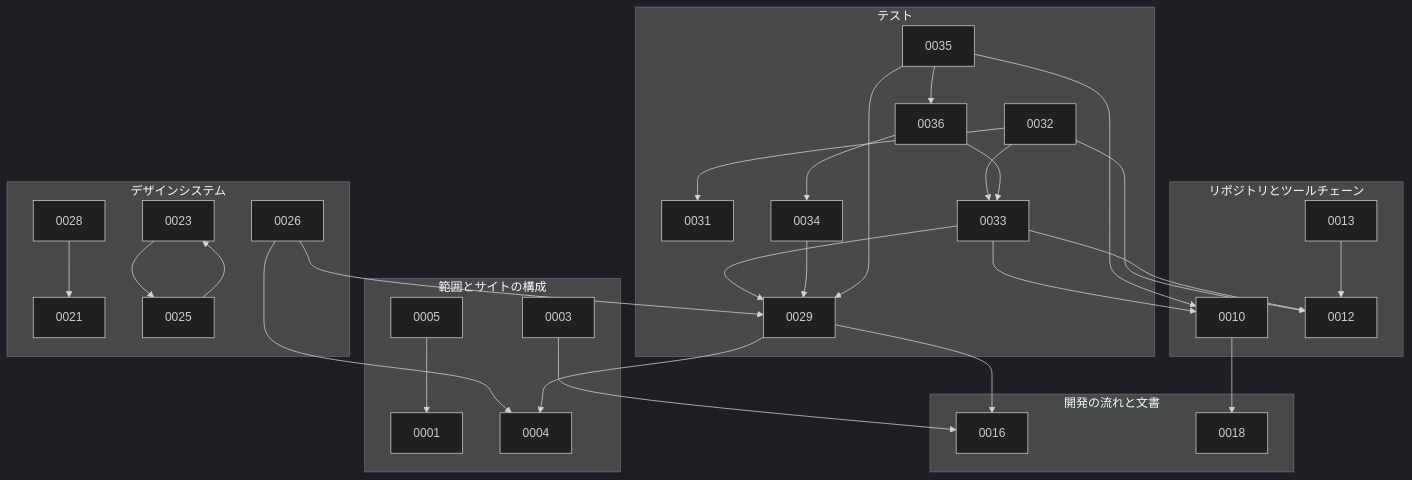
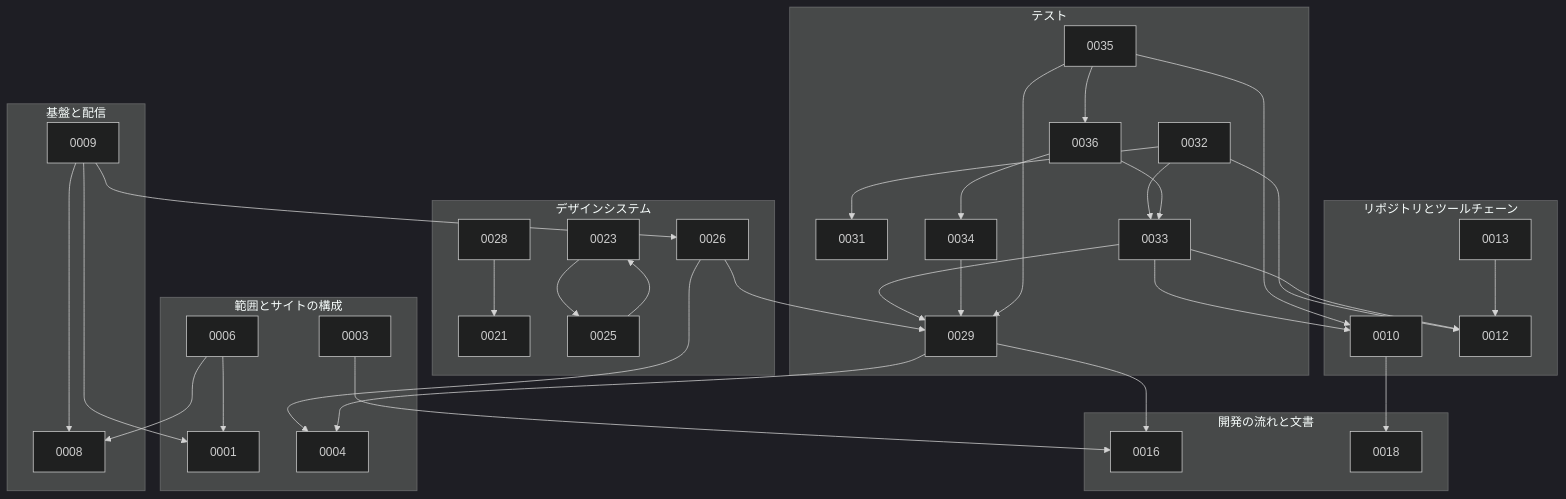
Before and after one commit to Fukuemon/kufu-apps: the diagram in docs/adr/index.md, drawn with Mermaid (dark theme). The commit also changed other lines of this file and 5 other files, not shown here.

````diff
--- a/docs/adr/index.md
+++ b/docs/adr/index.md
@@ -84,58 +89,66 @@
 ```mermaid
 flowchart TB
     subgraph scope["範囲とサイトの構成"]
         A0001["0001"]
         A0003["0003"]
         A0004["0004"]
-        A0005["0005"]
+        A0006["0006"]
+    end
+    subgraph infra["基盤と配信"]
+        A0008["0008"]
+        A0009["0009"]
     end
     subgraph repo["リポジトリとツールチェーン"]
         A0010["0010"]
         A0012["0012"]
         A0013["0013"]
     end
     subgraph flow["開発の流れと文書"]
         A0016["0016"]
         A0018["0018"]
     end
     subgraph ds["デザインシステム"]
         A0021["0021"]
         A0023["0023"]
         A0025["0025"]
         A0026["0026"]
         A0028["0028"]
     end
     subgraph test["テスト"]
         A0029["0029"]
         A0031["0031"]
         A0032["0032"]
         A0033["0033"]
         A0034["0034"]
         A0035["0035"]
         A0036["0036"]
     end
 
     A0003 --> A0016
-    A0005 --> A0001
+    A0006 --> A0001
+    A0006 --> A0008
+    A0009 --> A0001
+    A0009 --> A0008
+    A0009 --> A0026
     A0010 --> A0018
     A0013 --> A0012
     A0023 --> A0025
     A0025 --> A0023
     A0026 --> A0004
     A0026 --> A0029
     A0028 --> A0021
     A0029 --> A0004
     A0029 --> A0016
     A0032 --> A0012
     A0032 --> A0031
     A0032 --> A0033
     A0033 --> A0029
     A0033 --> A0010
     A0033 --> A0012
     A0034 --> A0029
     A0035 --> A0029
     A0035 --> A0010
     A0035 --> A0036
     A0036 --> A0034
     A0036 --> A0033
 ```
````
